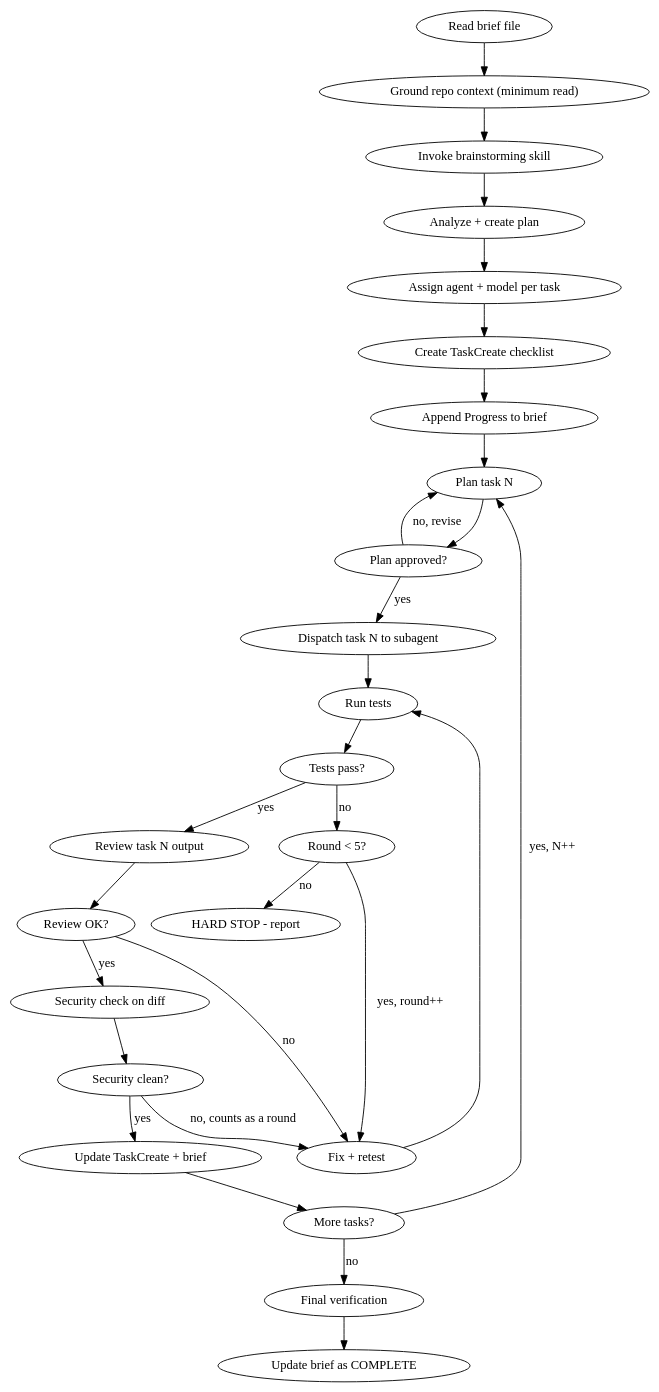
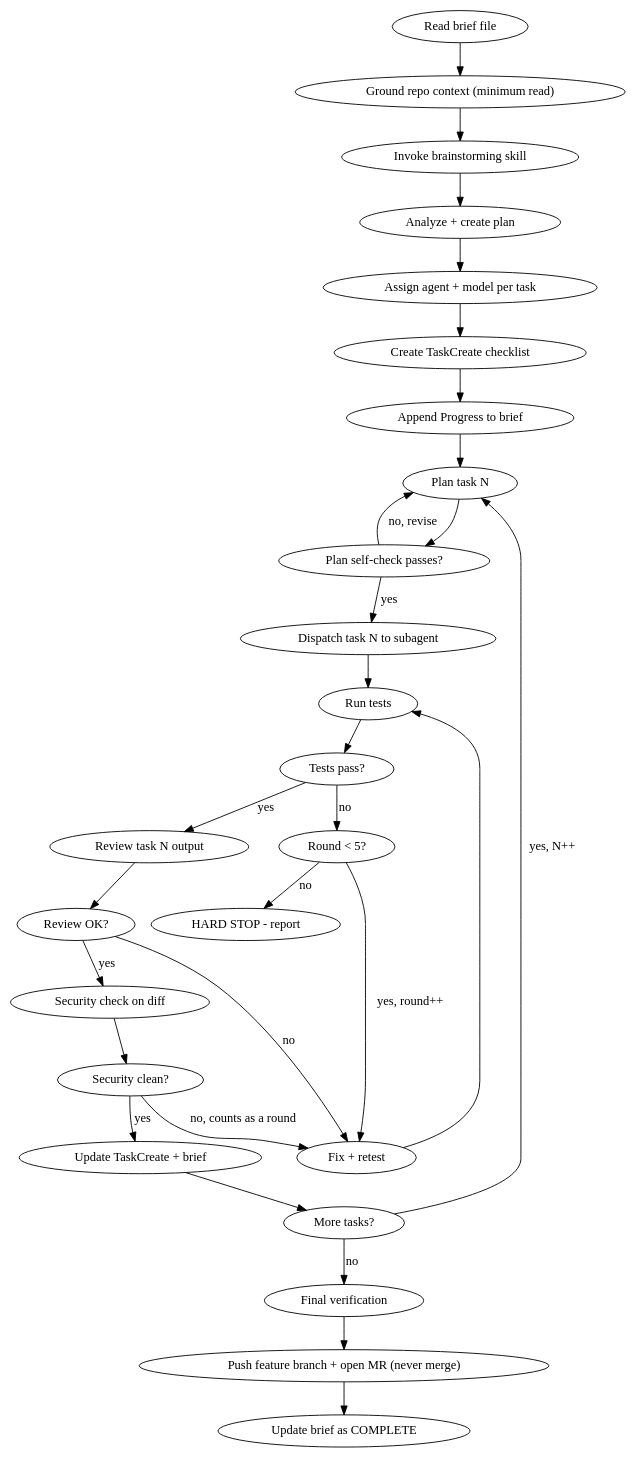
Before and after one commit to tn22180/second-brain: the diagram in skills/tony-wf/SKILL.md, drawn with Graphviz. The commit also changed other lines of this file and 47 other files, not shown here.

````diff
--- a/skills/tony-wf/SKILL.md
+++ b/skills/tony-wf/SKILL.md
@@ -14,32 +53,33 @@
 ```dot
 digraph tony_wf {
     rankdir=TB;
     "Read brief file" -> "Ground repo context (minimum read)";
     "Ground repo context (minimum read)" -> "Invoke brainstorming skill";
     "Invoke brainstorming skill" -> "Analyze + create plan";
     "Analyze + create plan" -> "Assign agent + model per task";
     "Assign agent + model per task" -> "Create TaskCreate checklist";
     "Create TaskCreate checklist" -> "Append Progress to brief";
     "Append Progress to brief" -> "Plan task N";
-    "Plan task N" -> "Plan approved?" [shape=diamond];
-    "Plan approved?" -> "Plan task N" [label="no, revise"];
-    "Plan approved?" -> "Dispatch task N to subagent" [label="yes"];
+    "Plan task N" -> "Plan self-check passes?" [shape=diamond];
+    "Plan self-check passes?" -> "Plan task N" [label="no, revise"];
+    "Plan self-check passes?" -> "Dispatch task N to subagent" [label="yes"];
     "Dispatch task N to subagent" -> "Run tests";
     "Run tests" -> "Tests pass?" [shape=diamond];
     "Tests pass?" -> "Review task N output" [label="yes"];
     "Tests pass?" -> "Round < 5?" [label="no"];
     "Round < 5?" -> "Fix + retest" [label="yes, round++"];
     "Round < 5?" -> "HARD STOP - report" [label="no"];
     "Fix + retest" -> "Run tests";
     "Review task N output" -> "Review OK?" [shape=diamond];
     "Review OK?" -> "Security check on diff" [label="yes"];
     "Review OK?" -> "Fix + retest" [label="no"];
     "Security check on diff" -> "Security clean?" [shape=diamond];
     "Security clean?" -> "Update TaskCreate + brief" [label="yes"];
     "Security clean?" -> "Fix + retest" [label="no, counts as a round"];
     "Update TaskCreate + brief" -> "More tasks?" [shape=diamond];
     "More tasks?" -> "Plan task N" [label="yes, N++"];
     "More tasks?" -> "Final verification" [label="no"];
-    "Final verification" -> "Update brief as COMPLETE";
+    "Final verification" -> "Push feature branch + open MR (never merge)";
+    "Push feature branch + open MR (never merge)" -> "Update brief as COMPLETE";
 }
 ```
````
